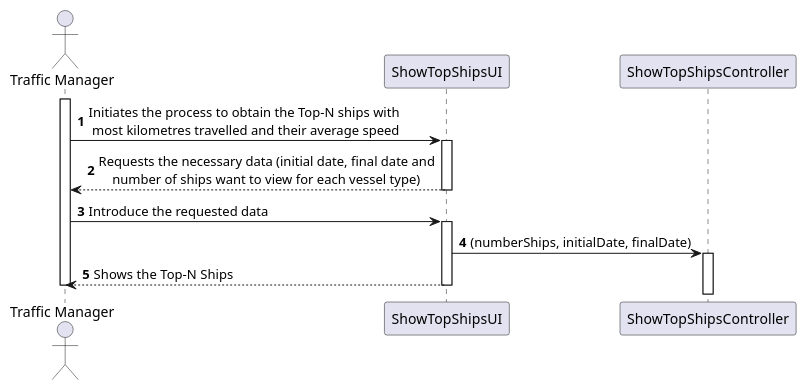
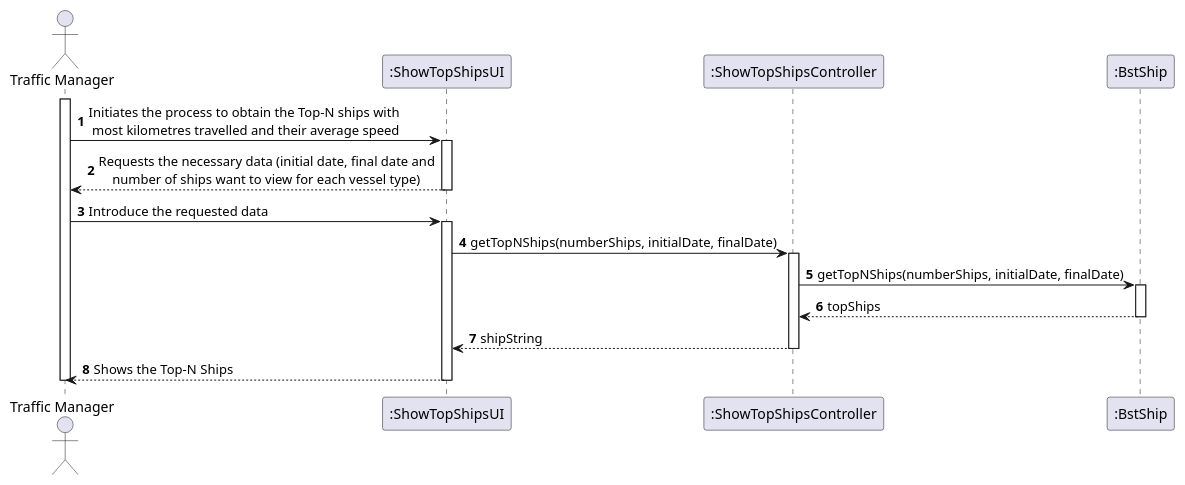
One commit to 0franciscor/lapr3-2021-g042 changed the diagram in docs/US106/US106_SD.puml. Above: the diagram before and after it, drawn with PlantUML. The commit also changed 3 other files, not shown here.

```diff
--- a/docs/US106/US106_SD.puml
+++ b/docs/US106/US106_SD.puml
@@ -1,26 +1,43 @@
 @startuml
 
 autonumber
 actor "Traffic Manager" as TP
 activate TP
-participant "ShowTopShipsUI" as ui
-participant "ShowTopShipsController" as controller
+participant ":ShowTopShipsUI" as ui
+participant ":ShowTopShipsController" as controller
+participant ":BstShip" as bstShip
 
 
 TP -> ui : Initiates the process to obtain the Top-N ships with\n most kilometres travelled and their average speed
 activate ui
 
 
 ui --> TP : Requests the necessary data (initial date, final date and\n    number of ships want to view for each vessel type)
 deactivate ui
 
+
 TP -> ui : Introduce the requested data
 activate ui
 
-ui -> controller : (numberShips, initialDate, finalDate)
+
+ui -> controller : getTopNShips(numberShips, initialDate, finalDate)
 activate controller
+
+
+controller -> bstShip : getTopNShips(numberShips, initialDate, finalDate)
+activate bstShip
+
+
+bstShip --> controller : topShips
+deactivate bstShip
+
+controller --> ui : shipString
+
+deactivate controller
+
 
 ui --> TP : Shows the Top-N Ships
 deactivate ui
 deactivate TP
+
 @enduml
```
